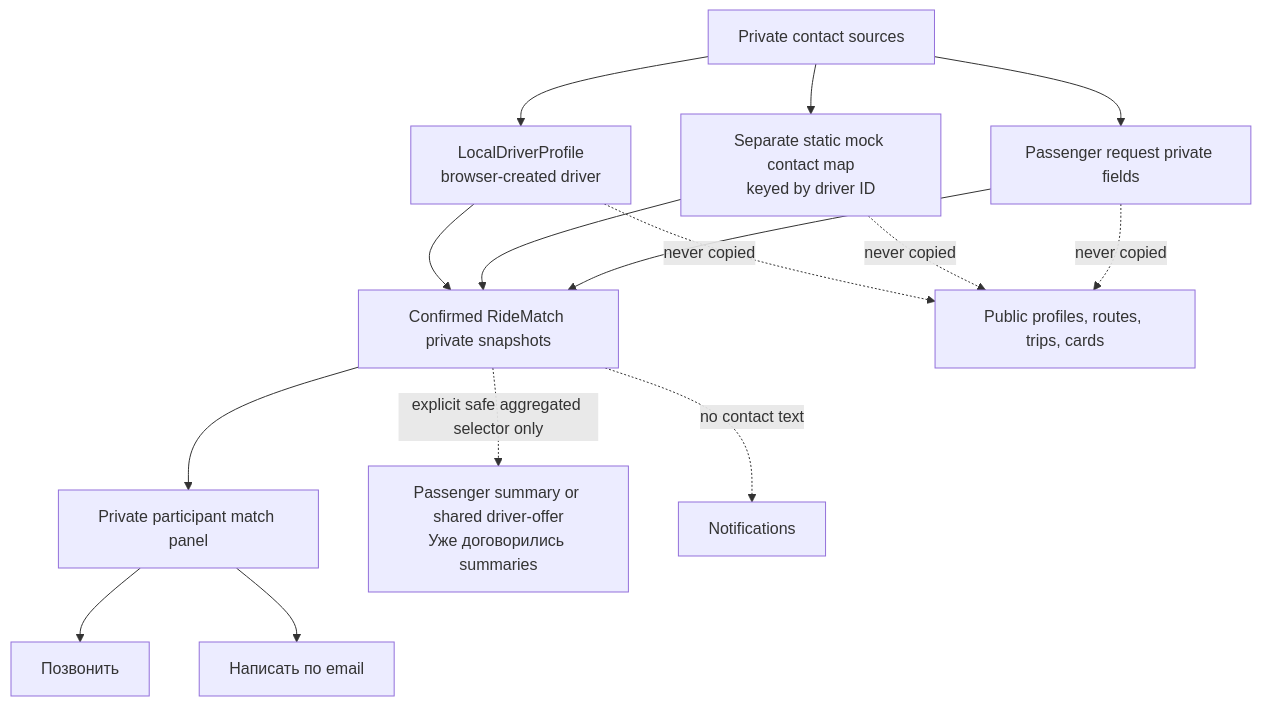
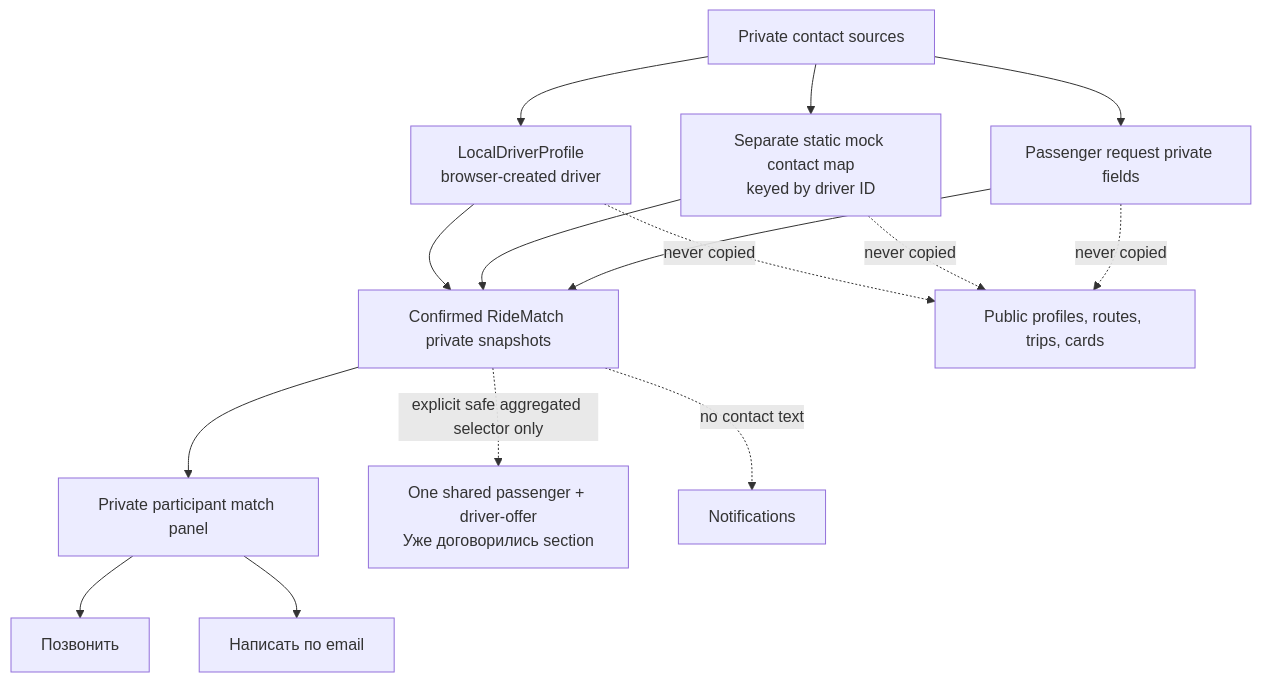
Before and after one commit to Agafanail/orthodox-routes: diagram 12 of 18 in docs/PROJECT_MAP.md, drawn with Mermaid. The commit also changed other lines of this file and 17 other files, not shown here.

````diff
--- a/docs/PROJECT_MAP.md
+++ b/docs/PROJECT_MAP.md
@@ -301,20 +296,20 @@
 ```mermaid
 flowchart TD
     SRC["Private contact sources"] --> LP["LocalDriverProfile<br/>browser-created driver"]
     SRC --> SP["Separate static mock contact map<br/>keyed by driver ID"]
     SRC --> PP["Passenger request private fields"]
 
     LP --> RM["Confirmed RideMatch private snapshots"]
     SP --> RM
     PP --> RM
 
     RM --> PC["Private participant match panel"]
     PC --> CALL["Позвонить"]
     PC --> EMAIL["Написать по email"]
 
     LP -. "never copied" .-> PUBLIC["Public profiles, routes, trips, cards"]
     SP -. "never copied" .-> PUBLIC
     PP -. "never copied" .-> PUBLIC
-    RM -. "explicit safe aggregated selector only" .-> SUMMARY["Passenger summary or shared driver-offer<br/>Уже договорились summaries"]
+    RM -. "explicit safe aggregated selector only" .-> SUMMARY["One shared passenger + driver-offer<br/>Уже договорились section"]
     RM -. "no contact text" .-> NOTIFY["Notifications"]
 ```
````
